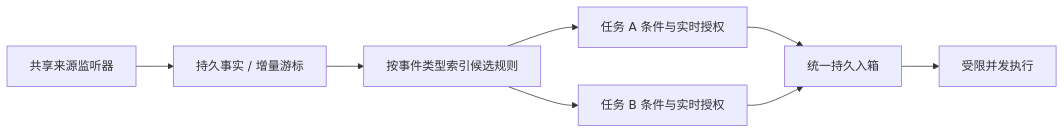
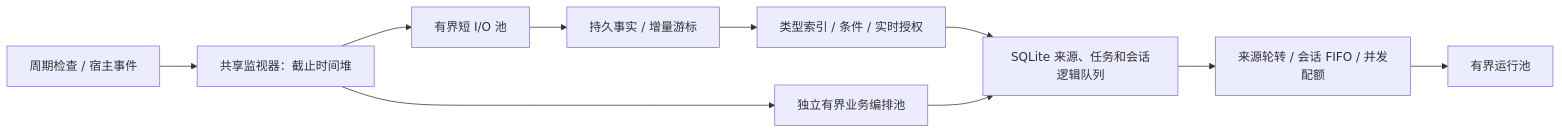
One commit to Sugarfreeecho/SUGAR-AGENT changed the diagram in docs/shared-event-monitor.md. Above: the diagram before and after it, drawn with Mermaid. The commit also changed other lines of this file and 28 other files, not shown here.

````diff
--- a/docs/shared-event-monitor.md
+++ b/docs/shared-event-monitor.md
@@ -5,10 +5,12 @@
 ```mermaid
 flowchart LR
-  S[共享来源监听器] --> B[持久事实 / 增量游标]
-  B --> I[按事件类型索引候选规则]
-  I --> R1[任务 A 条件与实时授权]
-  I --> R2[任务 B 条件与实时授权]
-  R1 --> Q[统一持久入箱]
-  R2 --> Q
-  Q --> X[受限并发执行]
+  P[周期检查 / 宿主事件] --> H[共享监视器：截止时间堆]
+  H --> I[有界短 I/O 池]
+  I --> E[持久事实 / 增量游标]
+  E --> M[类型索引 / 条件 / 实时授权]
+  M --> Q[SQLite 来源、任务和会话逻辑队列]
+  Q --> F[来源轮转 / 会话 FIFO / 并发配额]
+  F --> R[有界运行池]
+  H --> B[独立有界业务编排池]
+  B --> Q
 ```
````
